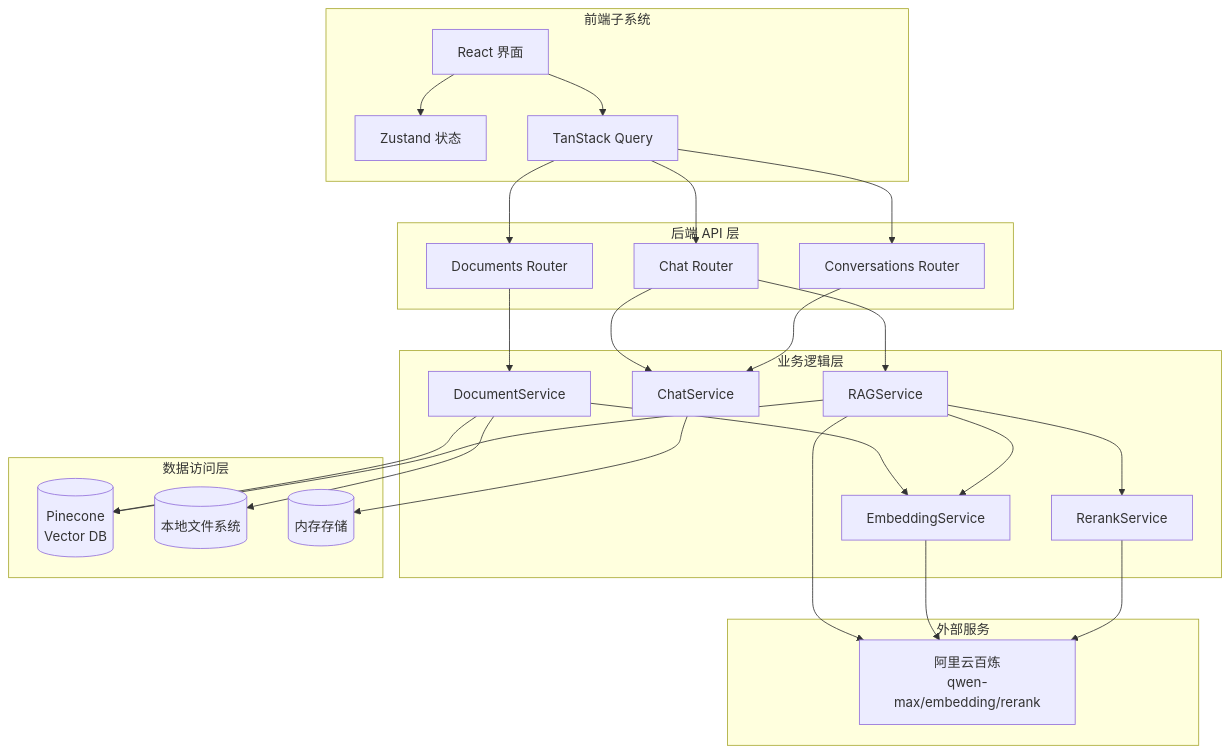
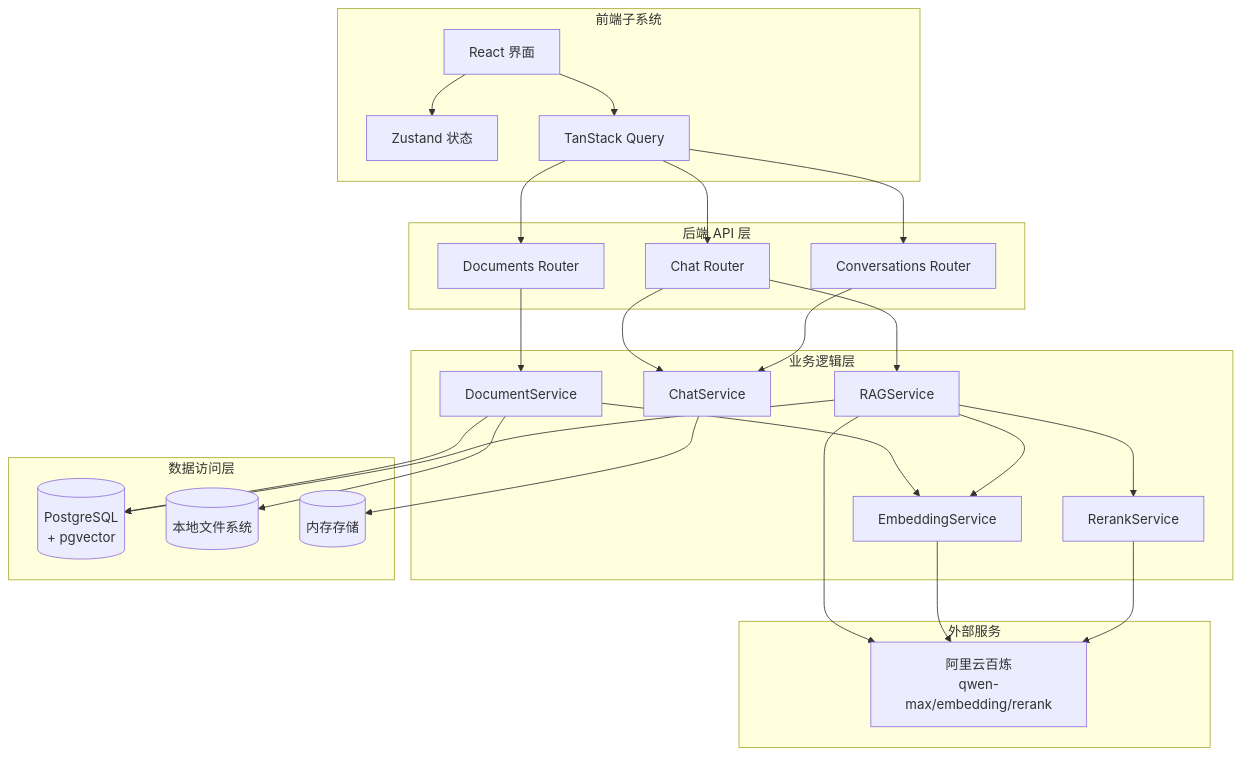
Before and after one commit to zhangjian24/llm: the first of 4 diagrams in document-qa-system/docs/SAD.md, drawn with Mermaid. The commit also changed other lines of this file, not shown here.

First line of the commit message:
feat(storage): 更换向量存储为PostgreSQL+pgvector

````diff
--- a/document-qa-system/docs/SAD.md
+++ b/document-qa-system/docs/SAD.md
@@ -96,57 +110,57 @@
 ```mermaid
 graph TB
     subgraph Frontend["前端子系统"]
         UI[React 界面]
         State[Zustand 状态]
         Query[TanStack Query]
     end
     
     subgraph API["后端 API 层"]
         DocAPI[Documents Router]
         ChatAPI[Chat Router]
         ConvAPI[Conversations Router]
     end
     
     subgraph Business["业务逻辑层"]
         DocSvc[DocumentService]
         RAGSvc[RAGService]
         ChatSvc[ChatService]
         EmbSvc[EmbeddingService]
         RerankSvc[RerankService]
     end
     
     subgraph Data["数据访问层"]
-        Pinecone[(Pinecone<br/>Vector DB)]
+        PostgreSQL[(PostgreSQL<br/>+ pgvector)]
         FileSystem[(本地文件系统)]
         Memory[(内存存储)]
     end
     
     subgraph External["外部服务"]
         Bailian[阿里云百炼<br/>qwen-max/embedding/rerank]
     end
     
     UI --> State
     UI --> Query
     Query --> DocAPI
     Query --> ChatAPI
     Query --> ConvAPI
     
     DocAPI --> DocSvc
     ChatAPI --> RAGSvc
     ChatAPI --> ChatSvc
     ConvAPI --> ChatSvc
     
     DocSvc --> EmbSvc
-    DocSvc --> Pinecone
+    DocSvc --> PostgreSQL
     DocSvc --> FileSystem
     
     RAGSvc --> EmbSvc
     RAGSvc --> RerankSvc
-    RAGSvc --> Pinecone
+    RAGSvc --> PostgreSQL
     RAGSvc --> Bailian
     
     EmbSvc --> Bailian
     RerankSvc --> Bailian
     
     ChatSvc --> Memory
 ```
````
